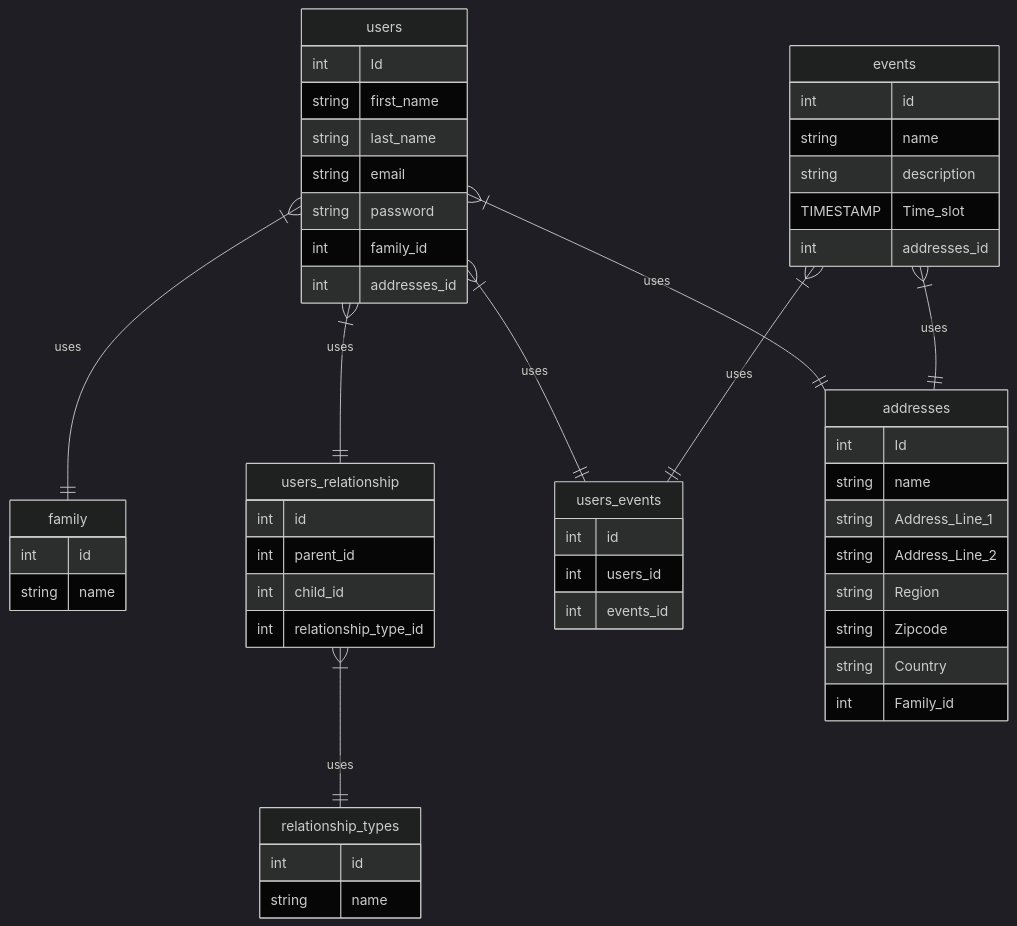
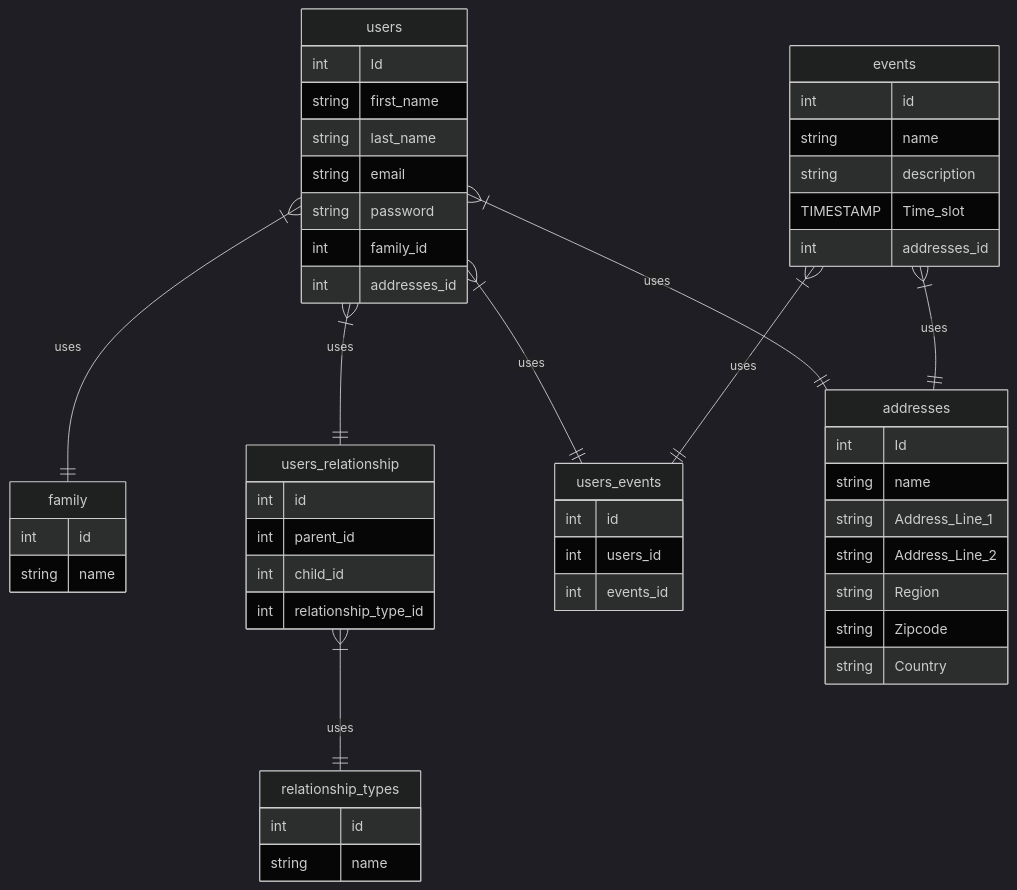
One commit to ChrisUno/Childcare changed the second of 2 diagrams in README.md. Above: the diagram before and after it, drawn with Mermaid.

````diff
--- a/README.md
+++ b/README.md
@@ -46,63 +46,62 @@
 ``` mermaid
 %%{init: {'theme': 'dark' } }%%
 
 erDiagram
 
 
     family {
         int id
         string name
     }
     relationship_types {
         int id
         string name
     }
     users_relationship {
         int id
         int parent_id
         int child_id
         int relationship_type_id
     }
     events {
         int id
         string name
         string description
         TIMESTAMP Time_slot
         int addresses_id
     }
     users_events {
         int id
         int users_id
         int events_id
         
     }
     addresses {
         int Id
         string name
         string Address_Line_1
         string Address_Line_2
         string Region
         string Zipcode
         string Country
-        int Family_id
     }
     users {
         int Id
         string first_name
         string last_name
         string email
         string password
         int family_id
         int addresses_id
     }
 
     users }|--|| users_relationship: "uses"
     users }|--|| addresses: "uses"
     users }|--|| users_events: "uses"
     events }|--|| addresses: "uses"
     events }|--|| users_events: "uses"
     users_relationship }|--|| relationship_types: "uses"
     users }|--|| family: "uses"
     
 
 ```
````
